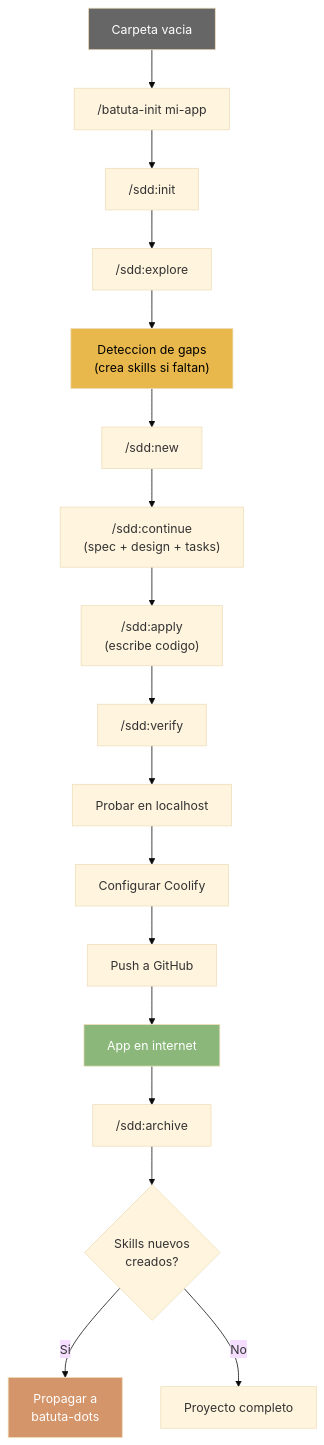
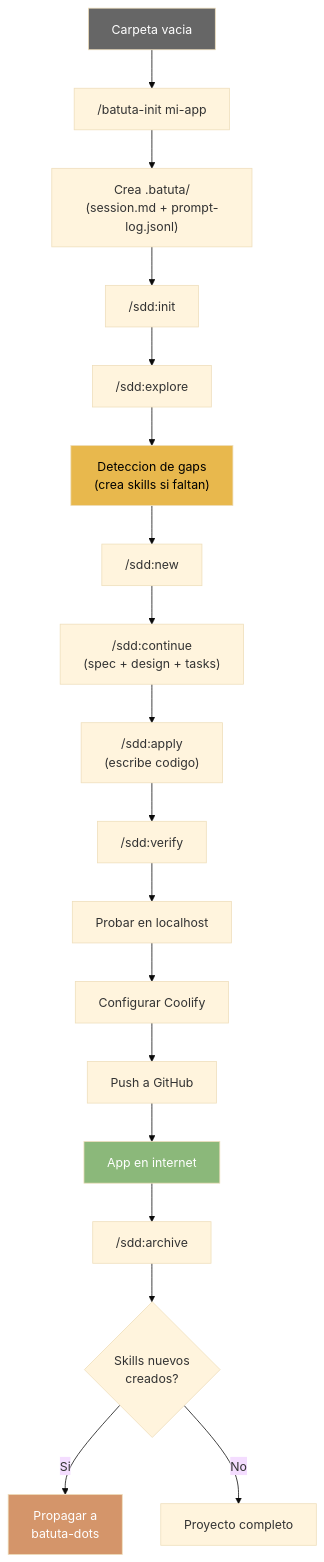
Before and after one commit to jota-batuta/batuta-dots: diagram 12 of 12 in guides/arquitectura-diagrama.md, drawn with Mermaid (base theme). The commit also changed other lines of this file and 34 other files, not shown here.

````diff
--- a/guides/arquitectura-diagrama.md
+++ b/guides/arquitectura-diagrama.md
@@ -233,31 +384,32 @@
 ```mermaid
 flowchart TD
     EMPTY["Carpeta vacia"]
     INIT_CMD["/batuta-init mi-app"]
+    BATUTA_DIR["Crea .batuta/<br/>(session.md + prompt-log.jsonl)"]
     SDD_INIT["/sdd:init"]
     SDD_EXPLORE["/sdd:explore"]
     GAP["Deteccion de gaps<br/>(crea skills si faltan)"]
     SDD_NEW["/sdd:new"]
     SDD_CONTINUE["/sdd:continue<br/>(spec + design + tasks)"]
     SDD_APPLY["/sdd:apply<br/>(escribe codigo)"]
     SDD_VERIFY["/sdd:verify"]
     TEST["Probar en localhost"]
     DEPLOY["Configurar Coolify"]
     PUSH["Push a GitHub"]
     LIVE["App en internet"]
     SDD_ARCHIVE["/sdd:archive"]
     UPDATE{"Skills nuevos<br/>creados?"}
     PROPAGATE["Propagar a<br/>batuta-dots"]
 
-    EMPTY --> INIT_CMD --> SDD_INIT --> SDD_EXPLORE --> GAP
+    EMPTY --> INIT_CMD --> BATUTA_DIR --> SDD_INIT --> SDD_EXPLORE --> GAP
     GAP --> SDD_NEW --> SDD_CONTINUE --> SDD_APPLY --> SDD_VERIFY
     SDD_VERIFY --> TEST --> DEPLOY --> PUSH --> LIVE
     LIVE --> SDD_ARCHIVE --> UPDATE
     UPDATE -->|"Si"| PROPAGATE
     UPDATE -->|"No"| FIN["Proyecto completo"]
 
     style EMPTY fill:#666,color:#fff
     style LIVE fill:#8BB87A,color:#fff
     style GAP fill:#E8B84D,color:#000
     style PROPAGATE fill:#D4956A,color:#fff
 ```
````
